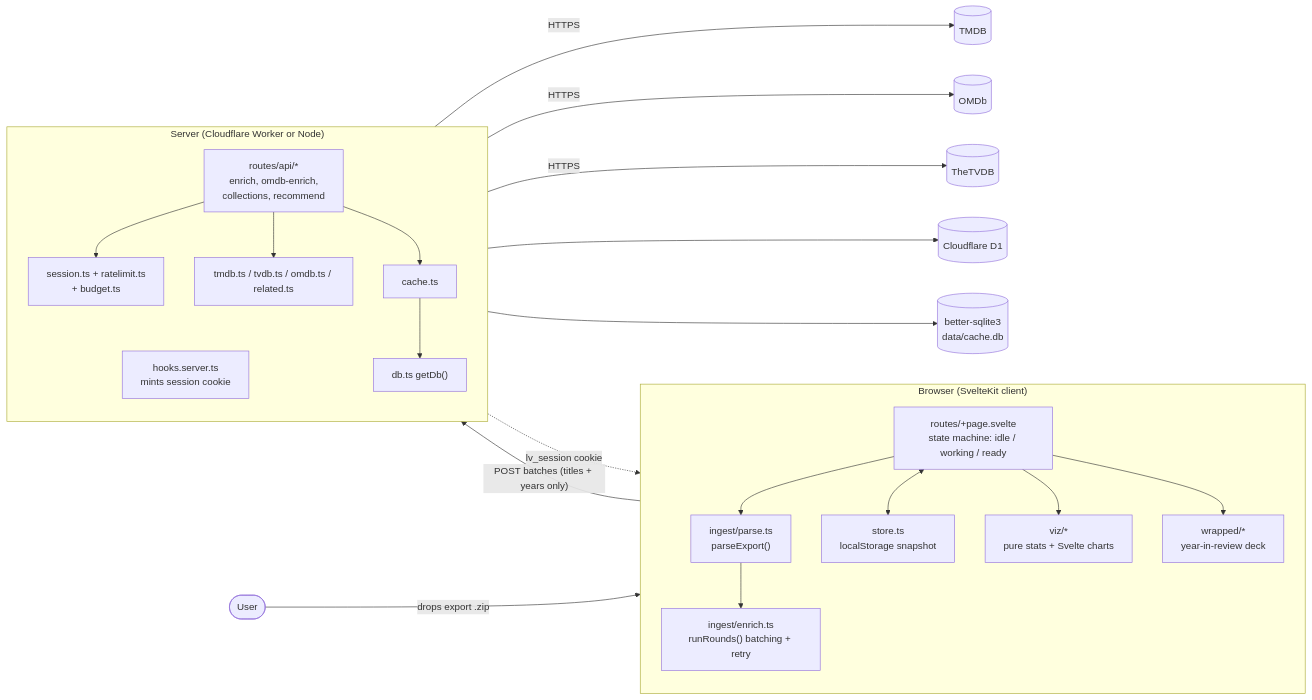
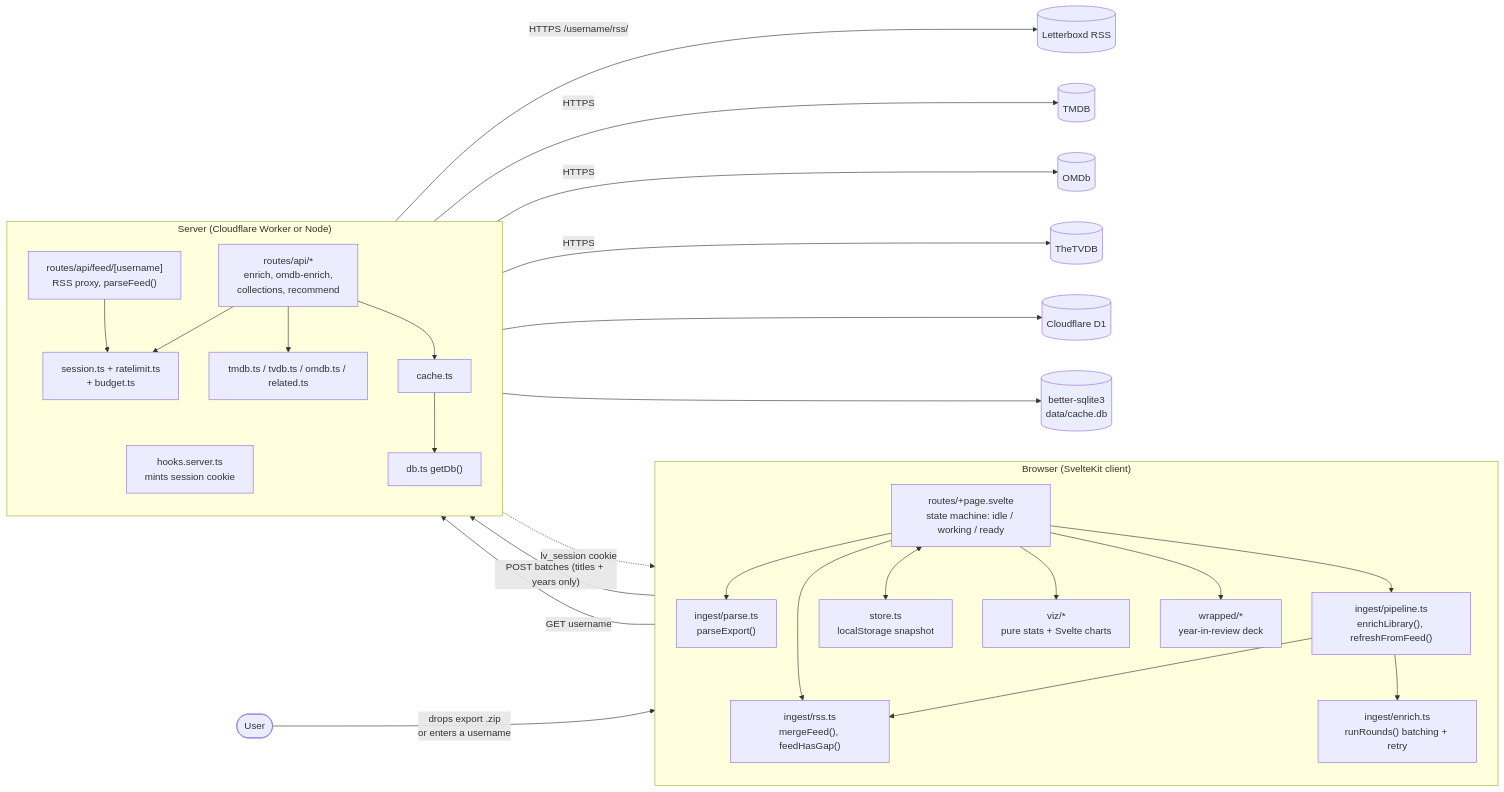
One commit to LaurinSorgend/letterboxd-vizard changed the first of 26 diagrams in docs/ARCHITECTURE.md. Above: the diagram before and after it, drawn with Mermaid. The commit also changed other lines of this file, not shown here.

Commit message:
Document the username and RSS feed paths in the architecture doc

````diff
--- a/docs/ARCHITECTURE.md
+++ b/docs/ARCHITECTURE.md
@@ -10,41 +15,50 @@
 ```mermaid
 flowchart LR
-    user([User]) -->|drops export .zip| browser
+    user([User]) -->|"drops export .zip<br/>or enters a username"| browser
 
     subgraph browser["Browser (SvelteKit client)"]
         direction TB
         page["routes/+page.svelte<br/>state machine: idle / working / ready"]
         parse["ingest/parse.ts<br/>parseExport()"]
+        rss["ingest/rss.ts<br/>mergeFeed(), feedHasGap()"]
+        pipeline["ingest/pipeline.ts<br/>enrichLibrary(), refreshFromFeed()"]
         enrichClient["ingest/enrich.ts<br/>runRounds() batching + retry"]
         store["store.ts<br/>localStorage snapshot"]
         viz["viz/*<br/>pure stats + Svelte charts"]
         wrapped["wrapped/*<br/>year-in-review deck"]
-        page --> parse --> enrichClient
+        page --> parse
+        page --> rss
+        page --> pipeline --> enrichClient
+        pipeline --> rss
         page <--> store
         page --> viz
         page --> wrapped
     end
 
     subgraph server["Server (Cloudflare Worker or Node)"]
         direction TB
         hooks["hooks.server.ts<br/>mints session cookie"]
         api["routes/api/*<br/>enrich, omdb-enrich,<br/>collections, recommend"]
+        feed["routes/api/feed/[username]<br/>RSS proxy, parseFeed()"]
+        feed --> guard
         guard["session.ts + ratelimit.ts<br/>+ budget.ts"]
         clients["tmdb.ts / tvdb.ts / omdb.ts / related.ts"]
         cache["cache.ts"]
         db["db.ts getDb()"]
         api --> guard
         api --> clients
         api --> cache --> db
     end
 
     enrichClient -->|"POST batches (titles + years only)"| api
+    pipeline -->|"GET username"| feed
     hooks -.->|"lv_session cookie"| page
 
+    feed -->|"HTTPS /username/rss/"| lb[(Letterboxd RSS)]
     clients -->|HTTPS| tmdb[(TMDB)]
     clients -->|HTTPS| omdb[(OMDb)]
     clients -->|HTTPS| tvdb[(TheTVDB)]
 
     db --> d1[("Cloudflare D1")]
     db --> sqlite[("better-sqlite3<br/>data/cache.db")]
 ```
````
